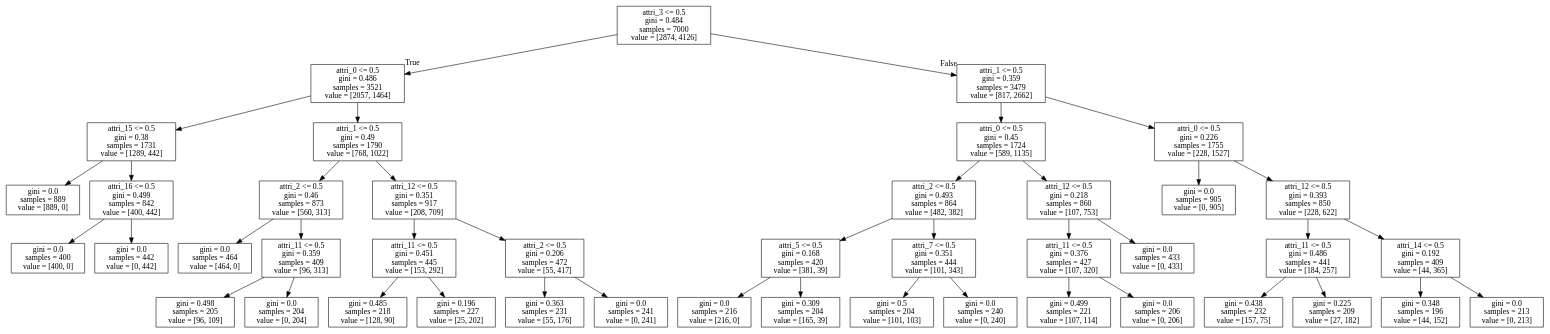
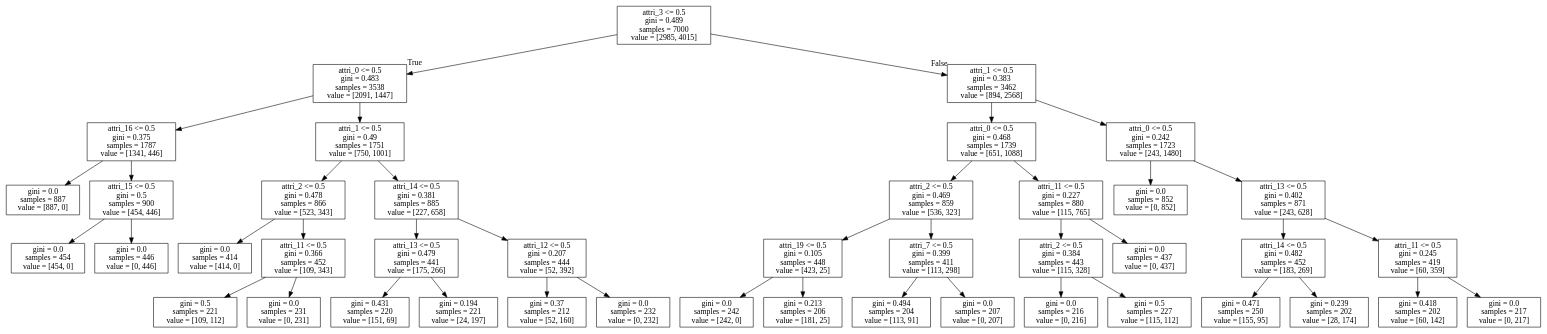
The diagram in Decision_Tree/models/decision_tree_depth5.dot (ElektrischesSchaf/Data_Mining_2019_Projects), drawn with Graphviz before and after one commit. The commit also changed 5 other files, not shown here.

```diff
--- a/Decision_Tree/models/decision_tree_depth5.dot
+++ b/Decision_Tree/models/decision_tree_depth5.dot
@@ -1,88 +1,88 @@
 digraph Tree {
 node [shape=box] ;
-0 [label="attri_3 <= 0.5\ngini = 0.484\nsamples = 7000\nvalue = [2874, 4126]"] ;
-1 [label="attri_0 <= 0.5\ngini = 0.486\nsamples = 3521\nvalue = [2057, 1464]"] ;
+0 [label="attri_3 <= 0.5\ngini = 0.489\nsamples = 7000\nvalue = [2985, 4015]"] ;
+1 [label="attri_0 <= 0.5\ngini = 0.483\nsamples = 3538\nvalue = [2091, 1447]"] ;
 0 -> 1 [labeldistance=2.5, labelangle=45, headlabel="True"] ;
-2 [label="attri_15 <= 0.5\ngini = 0.38\nsamples = 1731\nvalue = [1289, 442]"] ;
+2 [label="attri_16 <= 0.5\ngini = 0.375\nsamples = 1787\nvalue = [1341, 446]"] ;
 1 -> 2 ;
-3 [label="gini = 0.0\nsamples = 889\nvalue = [889, 0]"] ;
+3 [label="gini = 0.0\nsamples = 887\nvalue = [887, 0]"] ;
 2 -> 3 ;
-4 [label="attri_16 <= 0.5\ngini = 0.499\nsamples = 842\nvalue = [400, 442]"] ;
+4 [label="attri_15 <= 0.5\ngini = 0.5\nsamples = 900\nvalue = [454, 446]"] ;
 2 -> 4 ;
-5 [label="gini = 0.0\nsamples = 400\nvalue = [400, 0]"] ;
+5 [label="gini = 0.0\nsamples = 454\nvalue = [454, 0]"] ;
 4 -> 5 ;
-6 [label="gini = 0.0\nsamples = 442\nvalue = [0, 442]"] ;
+6 [label="gini = 0.0\nsamples = 446\nvalue = [0, 446]"] ;
 4 -> 6 ;
-7 [label="attri_1 <= 0.5\ngini = 0.49\nsamples = 1790\nvalue = [768, 1022]"] ;
+7 [label="attri_1 <= 0.5\ngini = 0.49\nsamples = 1751\nvalue = [750, 1001]"] ;
 1 -> 7 ;
-8 [label="attri_2 <= 0.5\ngini = 0.46\nsamples = 873\nvalue = [560, 313]"] ;
+8 [label="attri_2 <= 0.5\ngini = 0.478\nsamples = 866\nvalue = [523, 343]"] ;
 7 -> 8 ;
-9 [label="gini = 0.0\nsamples = 464\nvalue = [464, 0]"] ;
+9 [label="gini = 0.0\nsamples = 414\nvalue = [414, 0]"] ;
 8 -> 9 ;
-10 [label="attri_11 <= 0.5\ngini = 0.359\nsamples = 409\nvalue = [96, 313]"] ;
+10 [label="attri_11 <= 0.5\ngini = 0.366\nsamples = 452\nvalue = [109, 343]"] ;
 8 -> 10 ;
-11 [label="gini = 0.498\nsamples = 205\nvalue = [96, 109]"] ;
+11 [label="gini = 0.5\nsamples = 221\nvalue = [109, 112]"] ;
 10 -> 11 ;
-12 [label="gini = 0.0\nsamples = 204\nvalue = [0, 204]"] ;
+12 [label="gini = 0.0\nsamples = 231\nvalue = [0, 231]"] ;
 10 -> 12 ;
-13 [label="attri_12 <= 0.5\ngini = 0.351\nsamples = 917\nvalue = [208, 709]"] ;
+13 [label="attri_14 <= 0.5\ngini = 0.381\nsamples = 885\nvalue = [227, 658]"] ;
 7 -> 13 ;
-14 [label="attri_11 <= 0.5\ngini = 0.451\nsamples = 445\nvalue = [153, 292]"] ;
+14 [label="attri_13 <= 0.5\ngini = 0.479\nsamples = 441\nvalue = [175, 266]"] ;
 13 -> 14 ;
-15 [label="gini = 0.485\nsamples = 218\nvalue = [128, 90]"] ;
+15 [label="gini = 0.431\nsamples = 220\nvalue = [151, 69]"] ;
 14 -> 15 ;
-16 [label="gini = 0.196\nsamples = 227\nvalue = [25, 202]"] ;
+16 [label="gini = 0.194\nsamples = 221\nvalue = [24, 197]"] ;
 14 -> 16 ;
-17 [label="attri_2 <= 0.5\ngini = 0.206\nsamples = 472\nvalue = [55, 417]"] ;
+17 [label="attri_12 <= 0.5\ngini = 0.207\nsamples = 444\nvalue = [52, 392]"] ;
 13 -> 17 ;
-18 [label="gini = 0.363\nsamples = 231\nvalue = [55, 176]"] ;
+18 [label="gini = 0.37\nsamples = 212\nvalue = [52, 160]"] ;
 17 -> 18 ;
-19 [label="gini = 0.0\nsamples = 241\nvalue = [0, 241]"] ;
+19 [label="gini = 0.0\nsamples = 232\nvalue = [0, 232]"] ;
 17 -> 19 ;
-20 [label="attri_1 <= 0.5\ngini = 0.359\nsamples = 3479\nvalue = [817, 2662]"] ;
+20 [label="attri_1 <= 0.5\ngini = 0.383\nsamples = 3462\nvalue = [894, 2568]"] ;
 0 -> 20 [labeldistance=2.5, labelangle=-45, headlabel="False"] ;
-21 [label="attri_0 <= 0.5\ngini = 0.45\nsamples = 1724\nvalue = [589, 1135]"] ;
+21 [label="attri_0 <= 0.5\ngini = 0.468\nsamples = 1739\nvalue = [651, 1088]"] ;
 20 -> 21 ;
-22 [label="attri_2 <= 0.5\ngini = 0.493\nsamples = 864\nvalue = [482, 382]"] ;
+22 [label="attri_2 <= 0.5\ngini = 0.469\nsamples = 859\nvalue = [536, 323]"] ;
 21 -> 22 ;
-23 [label="attri_5 <= 0.5\ngini = 0.168\nsamples = 420\nvalue = [381, 39]"] ;
+23 [label="attri_19 <= 0.5\ngini = 0.105\nsamples = 448\nvalue = [423, 25]"] ;
 22 -> 23 ;
-24 [label="gini = 0.0\nsamples = 216\nvalue = [216, 0]"] ;
+24 [label="gini = 0.0\nsamples = 242\nvalue = [242, 0]"] ;
 23 -> 24 ;
-25 [label="gini = 0.309\nsamples = 204\nvalue = [165, 39]"] ;
+25 [label="gini = 0.213\nsamples = 206\nvalue = [181, 25]"] ;
 23 -> 25 ;
-26 [label="attri_7 <= 0.5\ngini = 0.351\nsamples = 444\nvalue = [101, 343]"] ;
+26 [label="attri_7 <= 0.5\ngini = 0.399\nsamples = 411\nvalue = [113, 298]"] ;
 22 -> 26 ;
-27 [label="gini = 0.5\nsamples = 204\nvalue = [101, 103]"] ;
+27 [label="gini = 0.494\nsamples = 204\nvalue = [113, 91]"] ;
 26 -> 27 ;
-28 [label="gini = 0.0\nsamples = 240\nvalue = [0, 240]"] ;
+28 [label="gini = 0.0\nsamples = 207\nvalue = [0, 207]"] ;
 26 -> 28 ;
-29 [label="attri_12 <= 0.5\ngini = 0.218\nsamples = 860\nvalue = [107, 753]"] ;
+29 [label="attri_11 <= 0.5\ngini = 0.227\nsamples = 880\nvalue = [115, 765]"] ;
 21 -> 29 ;
-30 [label="attri_11 <= 0.5\ngini = 0.376\nsamples = 427\nvalue = [107, 320]"] ;
+30 [label="attri_2 <= 0.5\ngini = 0.384\nsamples = 443\nvalue = [115, 328]"] ;
 29 -> 30 ;
-31 [label="gini = 0.499\nsamples = 221\nvalue = [107, 114]"] ;
+31 [label="gini = 0.0\nsamples = 216\nvalue = [0, 216]"] ;
 30 -> 31 ;
-32 [label="gini = 0.0\nsamples = 206\nvalue = [0, 206]"] ;
+32 [label="gini = 0.5\nsamples = 227\nvalue = [115, 112]"] ;
 30 -> 32 ;
-33 [label="gini = 0.0\nsamples = 433\nvalue = [0, 433]"] ;
+33 [label="gini = 0.0\nsamples = 437\nvalue = [0, 437]"] ;
 29 -> 33 ;
-34 [label="attri_0 <= 0.5\ngini = 0.226\nsamples = 1755\nvalue = [228, 1527]"] ;
+34 [label="attri_0 <= 0.5\ngini = 0.242\nsamples = 1723\nvalue = [243, 1480]"] ;
 20 -> 34 ;
-35 [label="gini = 0.0\nsamples = 905\nvalue = [0, 905]"] ;
+35 [label="gini = 0.0\nsamples = 852\nvalue = [0, 852]"] ;
 34 -> 35 ;
-36 [label="attri_12 <= 0.5\ngini = 0.393\nsamples = 850\nvalue = [228, 622]"] ;
+36 [label="attri_13 <= 0.5\ngini = 0.402\nsamples = 871\nvalue = [243, 628]"] ;
 34 -> 36 ;
-37 [label="attri_11 <= 0.5\ngini = 0.486\nsamples = 441\nvalue = [184, 257]"] ;
+37 [label="attri_14 <= 0.5\ngini = 0.482\nsamples = 452\nvalue = [183, 269]"] ;
 36 -> 37 ;
-38 [label="gini = 0.438\nsamples = 232\nvalue = [157, 75]"] ;
+38 [label="gini = 0.471\nsamples = 250\nvalue = [155, 95]"] ;
 37 -> 38 ;
-39 [label="gini = 0.225\nsamples = 209\nvalue = [27, 182]"] ;
+39 [label="gini = 0.239\nsamples = 202\nvalue = [28, 174]"] ;
 37 -> 39 ;
-40 [label="attri_14 <= 0.5\ngini = 0.192\nsamples = 409\nvalue = [44, 365]"] ;
+40 [label="attri_11 <= 0.5\ngini = 0.245\nsamples = 419\nvalue = [60, 359]"] ;
 36 -> 40 ;
-41 [label="gini = 0.348\nsamples = 196\nvalue = [44, 152]"] ;
+41 [label="gini = 0.418\nsamples = 202\nvalue = [60, 142]"] ;
 40 -> 41 ;
-42 [label="gini = 0.0\nsamples = 213\nvalue = [0, 213]"] ;
+42 [label="gini = 0.0\nsamples = 217\nvalue = [0, 217]"] ;
 40 -> 42 ;
 }
```
